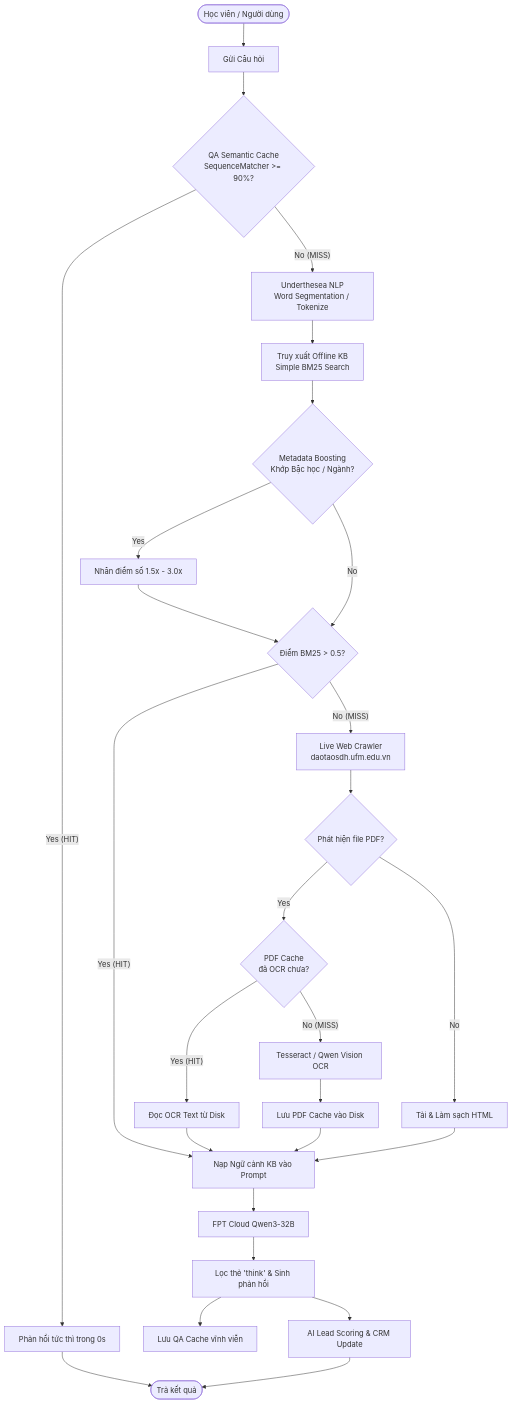
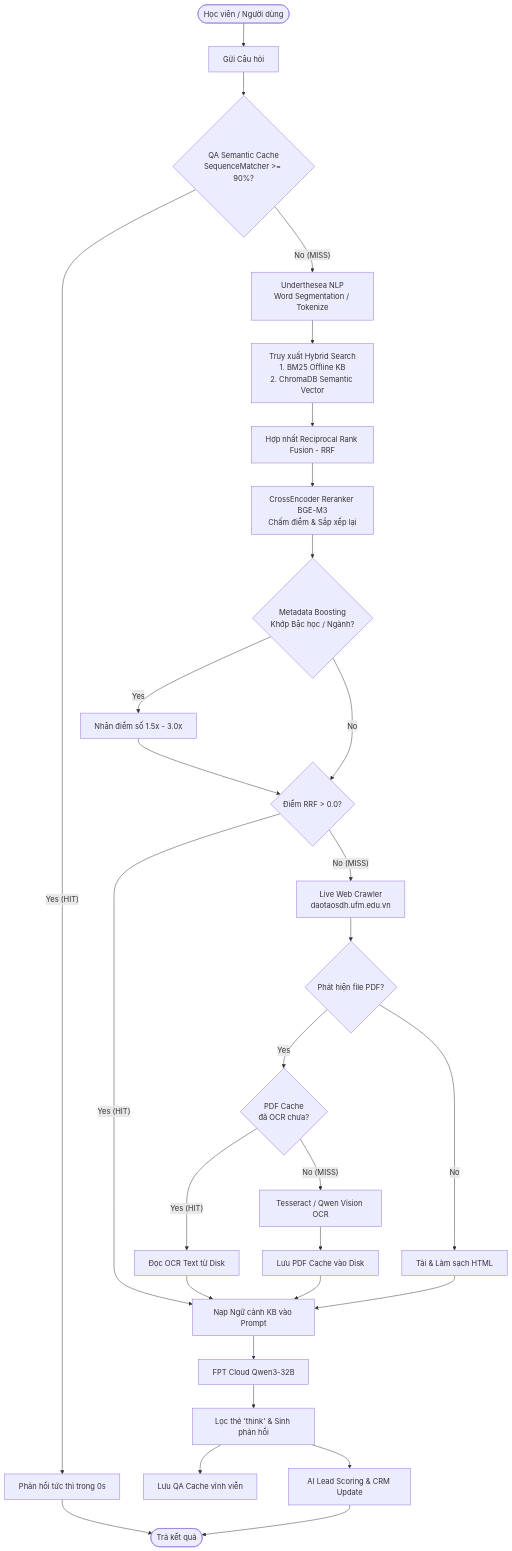
One commit to phapsuto/ufm-chatbot-cotham changed the diagram in README.md. Above: the diagram before and after it, drawn with Mermaid. The commit also changed other lines of this file and 4 other files, not shown here.

Commit message:
feat: Upgrade to Hybrid RAG with ChromaDB Semantic Vector and CrossEncoder BGE-M3 Reranker

````diff
--- a/README.md
+++ b/README.md
@@ -15,23 +15,25 @@
 ```mermaid
 graph TD
     User([Học viên / Người dùng]) --> Query[Gửi Câu hỏi]
     Query --> QACache{QA Semantic Cache<br/>SequenceMatcher >= 90%?}
     QACache -- Yes (HIT) --> InstantReply[Phản hồi tức thì trong 0s] --> End([Trả kết quả])
     QACache -- No (MISS) --> UndertheseaNLP[Underthesea NLP<br/>Word Segmentation / Tokenize]
-    UndertheseaNLP --> SearchKB[Truy xuất Offline KB<br/>Simple BM25 Search]
-    SearchKB --> MatchBoost{Metadata Boosting<br/>Khớp Bậc học / Ngành?}
+    UndertheseaNLP --> HybridSearch[Truy xuất Hybrid Search<br/>1. BM25 Offline KB<br/>2. ChromaDB Semantic Vector]
+    HybridSearch --> RRF[Hợp nhất Reciprocal Rank Fusion - RRF]
+    RRF --> Rerank[CrossEncoder Reranker BGE-M3<br/>Chấm điểm & Sắp xếp lại]
+    Rerank --> MatchBoost{Metadata Boosting<br/>Khớp Bậc học / Ngành?}
     MatchBoost -- Yes --> ApplyBoost[Nhân điểm số 1.5x - 3.0x] --> ScoreThreshold
-    MatchBoost -- No --> ScoreThreshold{Điểm BM25 > 0.5?}
+    MatchBoost -- No --> ScoreThreshold{Điểm RRF > 0.0?}
     ScoreThreshold -- Yes (HIT) --> LLMInput[Nạp Ngữ cảnh KB vào Prompt]
     ScoreThreshold -- No (MISS) --> LiveWeb[Live Web Crawler<br/>daotaosdh.ufm.edu.vn]
     LiveWeb --> PDFOCR{Phát hiện file PDF?}
     PDFOCR -- Yes --> PDFCache{PDF Cache<br/>đã OCR chưa?}
     PDFCache -- Yes (HIT) --> LoadPDFCache[Đọc OCR Text từ Disk] --> LLMInput
     PDFCache -- No (MISS) --> OCRVision[Tesseract / Qwen Vision OCR] --> SavePDFCache[Lưu PDF Cache vào Disk] --> LLMInput
     PDFOCR -- No --> CrawlHTML[Tải & Làm sạch HTML] --> LLMInput
     LLMInput --> FPTCloudLLM[FPT Cloud Qwen3-32B]
     FPTCloudLLM --> FilterThink[Lọc thẻ 'think' & Sinh phản hồi]
     FilterThink --> SaveCache[Lưu QA Cache vĩnh viễn]
     FilterThink --> CRMScore[AI Lead Scoring & CRM Update]
     CRMScore --> End
 ```
````
